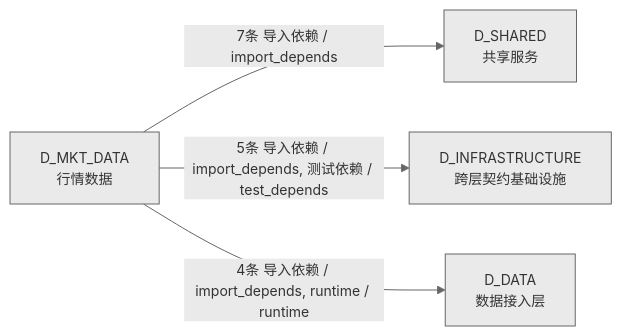
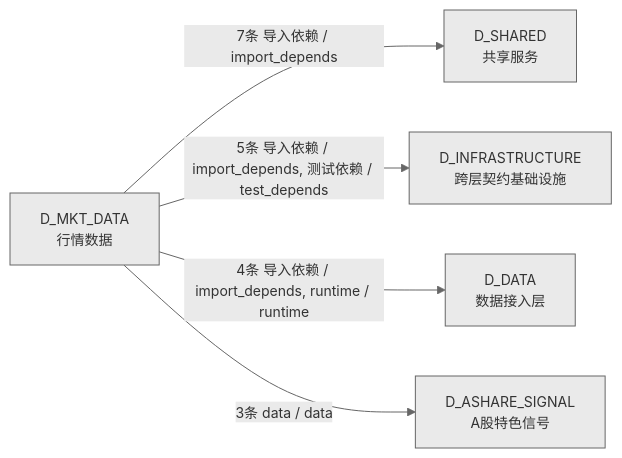
The third of 3 diagrams in docs/02_enterprise_architecture/02_domain_architecture_docs/23_d_mkt_data.md (xuanFelixVan/ZephyrAlpha), drawn with Mermaid before and after one commit. The commit also changed other lines of this file and 49 other files, not shown here.

````diff
--- a/docs/02_enterprise_architecture/02_domain_architecture_docs/23_d_mkt_data.md
+++ b/docs/02_enterprise_architecture/02_domain_architecture_docs/23_d_mkt_data.md
@@ -285,11 +288,13 @@
 ```mermaid
 %%{init: {'theme': 'base', 'themeVariables': {'primaryColor': '#eaeaea', 'primaryTextColor': '#333333', 'primaryBorderColor': '#666666', 'lineColor': '#666666', 'secondaryColor': '#eaeaea', 'tertiaryColor': '#eaeaea', 'fontSize': '14px'}}}%%
 graph LR
     D_MKT_DATA["D_MKT_DATA<br/>行情数据"]
     D_SHARED["D_SHARED<br/>共享服务"]
     D_INFRASTRUCTURE["D_INFRASTRUCTURE<br/>跨层契约基础设施"]
     D_DATA["D_DATA<br/>数据接入层"]
+    D_ASHARE_SIGNAL["D_ASHARE_SIGNAL<br/>A股特色信号"]
     D_MKT_DATA -->|7条 导入依赖 / import_depends| D_SHARED
     D_MKT_DATA -->|5条 导入依赖 / import_depends, 测试依赖 / test_depends| D_INFRASTRUCTURE
     D_MKT_DATA -->|4条 导入依赖 / import_depends, runtime / runtime| D_DATA
+    D_MKT_DATA -->|3条 data / data| D_ASHARE_SIGNAL
 ```
````
